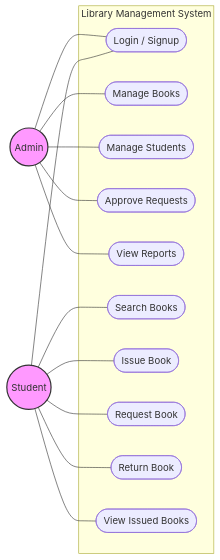
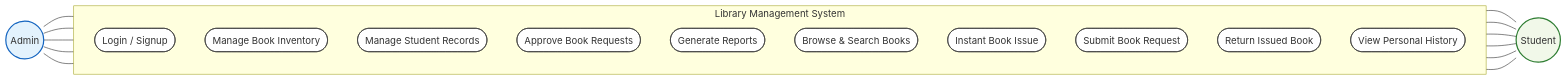
One commit to Aniruddhasain7/Library-Management-System changed the diagram in README.md. Above: the diagram before and after it, drawn with Mermaid.

````diff
--- a/README.md
+++ b/README.md
@@ -30,34 +30,48 @@
 ```mermaid
 graph LR
     Admin((Admin))
     Student((Student))
 
     subgraph "Library Management System"
+        direction TB
         UC1([Login / Signup])
-        UC2([Manage Books])
-        UC3([Manage Students])
-        UC4([Approve Requests])
-        UC5([View Reports])
-        UC6([Search Books])
-        UC7([Issue Book])
-        UC8([Request Book])
-        UC9([Return Book])
-        UC10([View Issued Books])
+        UC2([Manage Book Inventory])
+        UC3([Manage Student Records])
+        UC4([Approve Book Requests])
+        UC5([Generate Reports])
+        UC6([Browse & Search Books])
+        UC7([Instant Book Issue])
+        UC8([Submit Book Request])
+        UC9([Return Issued Book])
+        UC10([View Personal History])
     end
 
+    %% Admin Connections
     Admin --- UC1
     Admin --- UC2
     Admin --- UC3
     Admin --- UC4
     Admin --- UC5
 
-    Student --- UC1
-    Student --- UC6
-    Student --- UC7
-    Student --- UC8
-    Student --- UC9
-    Student --- UC10
+    %% Student Connections
+    UC1 --- Student
+    UC6 --- Student
+    UC7 --- Student
+    UC8 --- Student
+    UC9 --- Student
+    UC10 --- Student
 
-    style Admin fill:#f9f,stroke:#333,stroke-width:2px
-    style Student fill:#f9f,stroke:#333,stroke-width:2px
+    %% Styling
+    style Admin fill:#e3f2fd,stroke:#1565c0,stroke-width:2px
+    style Student fill:#f1f8e9,stroke:#2e7d32,stroke-width:2px
+    style UC1 fill:#fff,stroke:#333
+    style UC2 fill:#fff,stroke:#333
+    style UC3 fill:#fff,stroke:#333
+    style UC4 fill:#fff,stroke:#333
+    style UC5 fill:#fff,stroke:#333
+    style UC6 fill:#fff,stroke:#333
+    style UC7 fill:#fff,stroke:#333
+    style UC8 fill:#fff,stroke:#333
+    style UC9 fill:#fff,stroke:#333
+    style UC10 fill:#fff,stroke:#333
 ```
````
